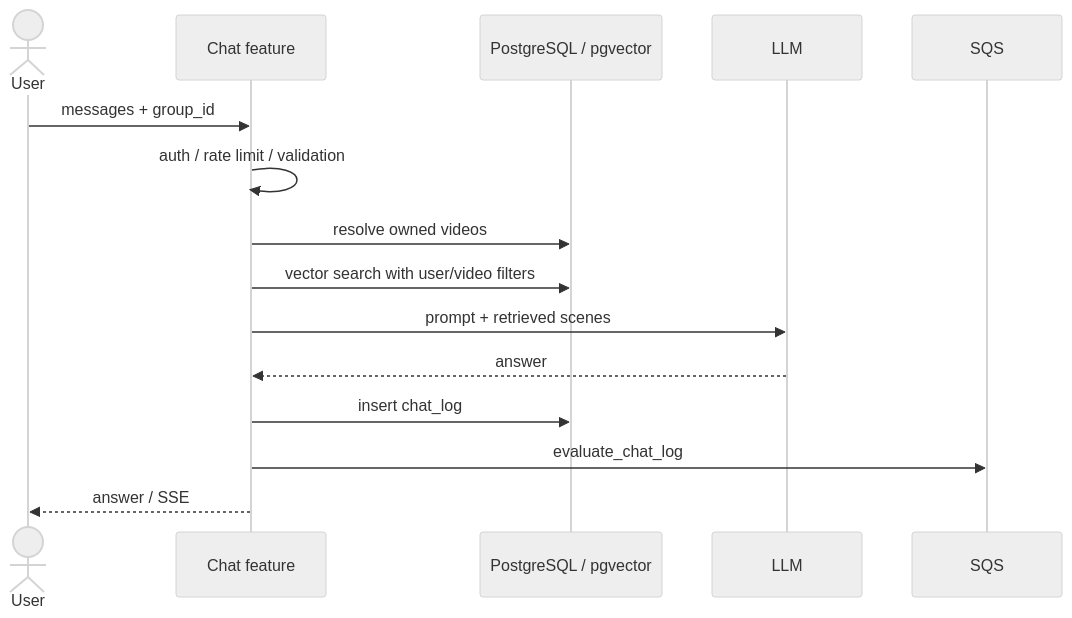
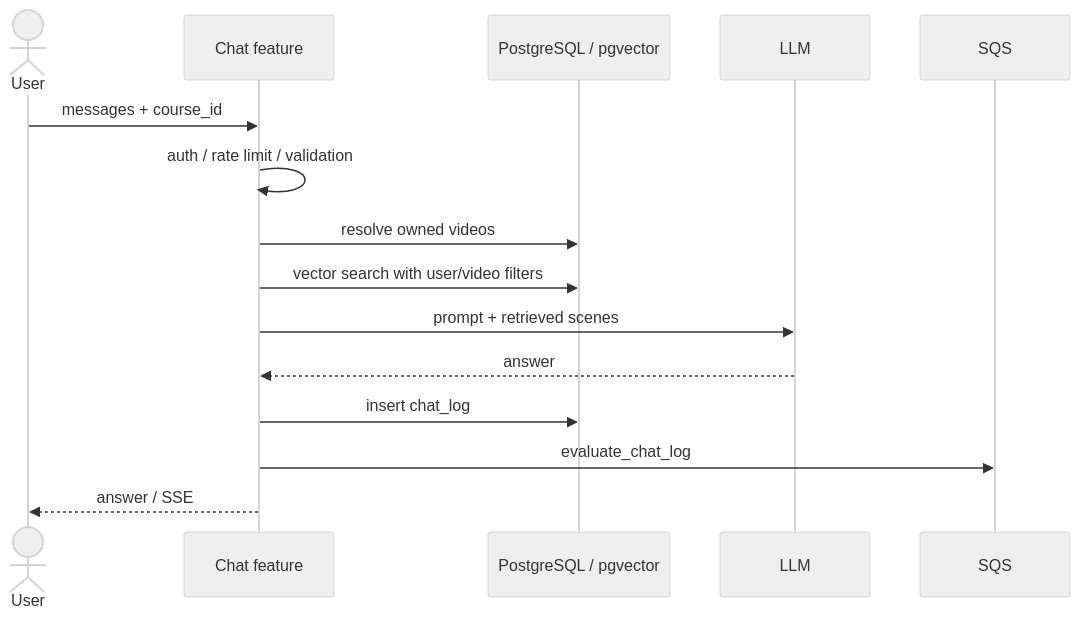
One commit to yukiharada1228/videoq changed the third of 3 diagrams in docs/design/sequence-diagram.md. Above: the diagram before and after it, drawn with Mermaid (neutral theme). The commit also changed 140 other files, not shown here.

````diff
--- a/docs/design/sequence-diagram.md
+++ b/docs/design/sequence-diagram.md
@@ -47,18 +47,18 @@
 ```mermaid
 sequenceDiagram
     actor User
     participant API as Chat feature
     participant DB as PostgreSQL / pgvector
     participant LLM
     participant SQS
 
-    User->>API: messages + group_id
+    User->>API: messages + course_id
     API->>API: auth / rate limit / validation
     API->>DB: resolve owned videos
     API->>DB: vector search with user/video filters
     API->>LLM: prompt + retrieved scenes
     LLM-->>API: answer
     API->>DB: insert chat_log
     API->>SQS: evaluate_chat_log
     API-->>User: answer / SSE
 ```
````
